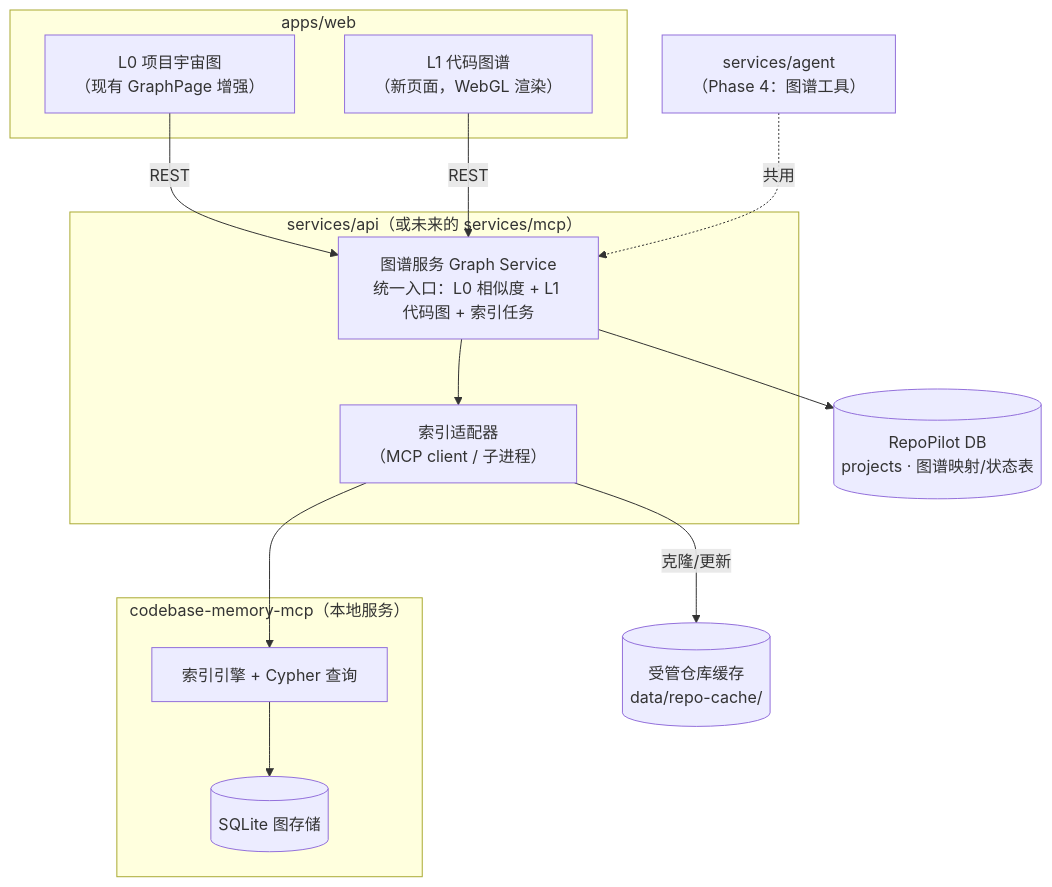
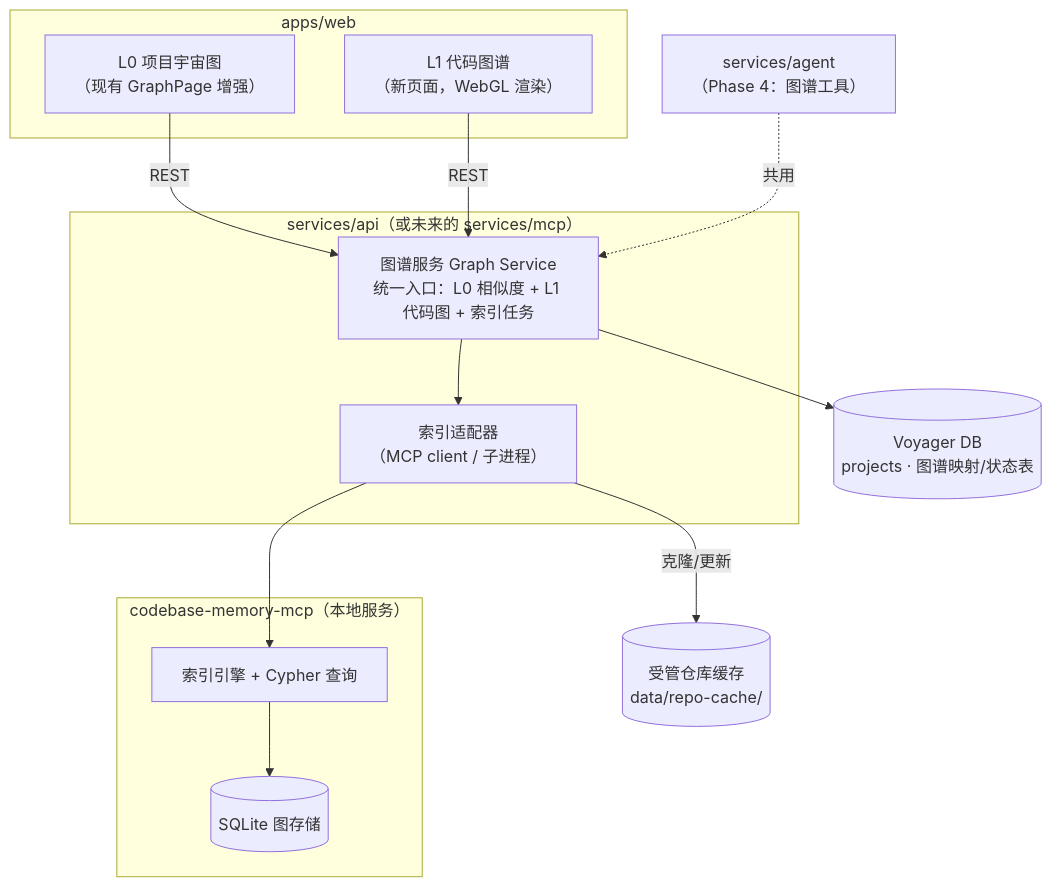
The diagram in docs/architecture/graph/README.md (daftpunkwav/repo-pilot), drawn with Mermaid before and after one commit. The commit also changed other lines of this file and 62 other files, not shown here.

````diff
--- a/docs/architecture/graph/README.md
+++ b/docs/architecture/graph/README.md
@@ -193,28 +193,28 @@
 ```mermaid
 flowchart TB
     subgraph web["apps/web"]
         L0UI["L0 项目宇宙图<br/>（现有 GraphPage 增强）"]
         L1UI["L1 代码图谱<br/>（新页面，WebGL 渲染）"]
     end
 
     subgraph api["services/api（或未来的 services/mcp）"]
         GS["图谱服务 Graph Service<br/>统一入口：L0 相似度 + L1 代码图 + 索引任务"]
         IDX["索引适配器<br/>（MCP client / 子进程）"]
     end
 
     subgraph engine["codebase-memory-mcp（本地服务）"]
         CORE["索引引擎 + Cypher 查询"]
         DB[("SQLite 图存储")]
     end
 
     CACHE[("受管仓库缓存<br/>data/repo-cache/")]
-    PDB[("RepoPilot DB<br/>projects · 图谱映射/状态表")]
+    PDB[("Voyager DB<br/>projects · 图谱映射/状态表")]
 
     L0UI -->|REST| GS
     L1UI -->|REST| GS
     GS --> IDX --> CORE
     CORE --> DB
     IDX -->|克隆/更新| CACHE
     GS --> PDB
     AGENT["services/agent<br/>（Phase 4：图谱工具）"] -.共用.-> GS
 ```
````
